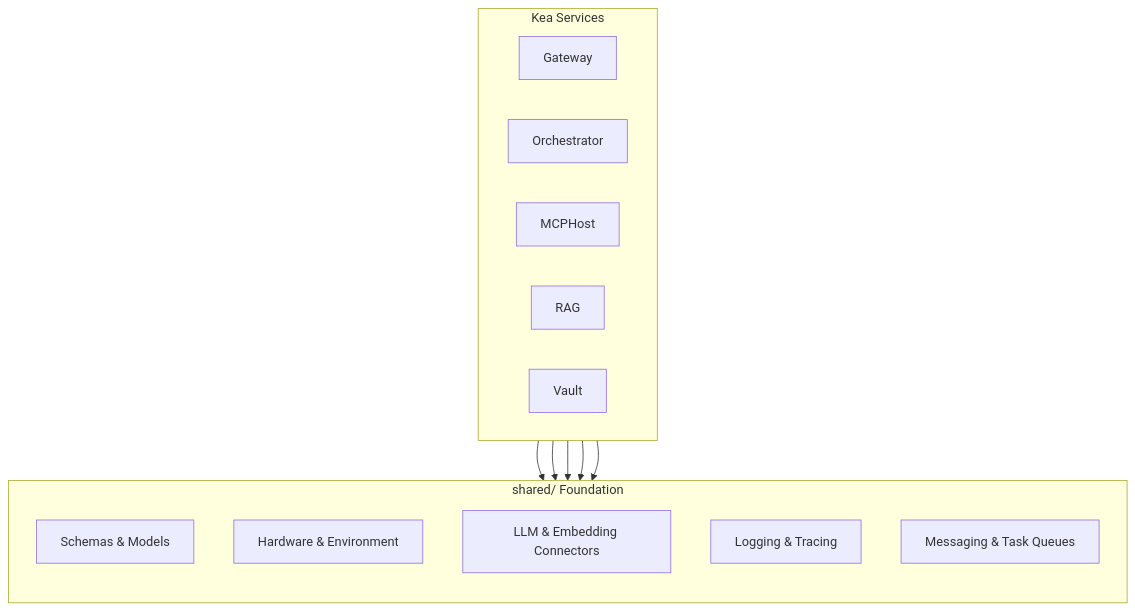
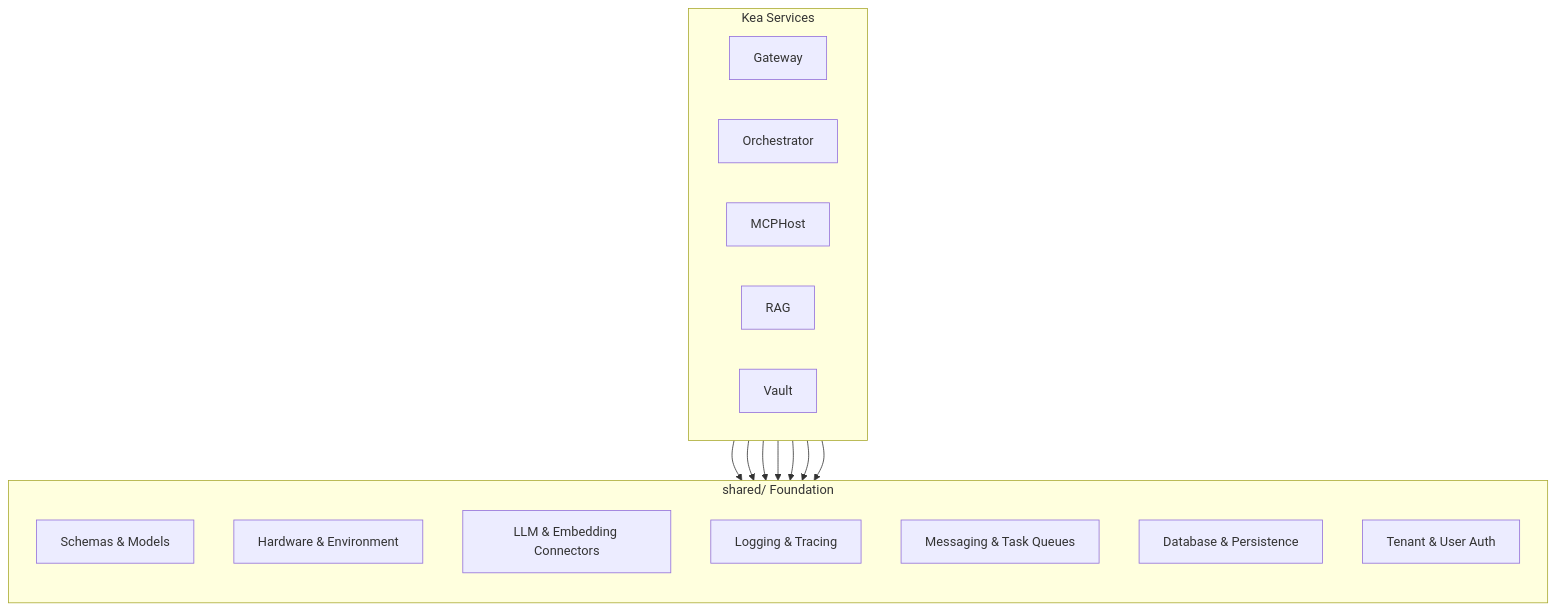
Before and after one commit to azzindani/Kea: the diagram in shared/README.md, drawn with Mermaid. The commit also changed other lines of this file and 13 other files, not shown here.

````diff
--- a/shared/README.md
+++ b/shared/README.md
@@ -9,25 +9,29 @@
 ```mermaid
 graph TD
     subgraph Services [Kea Services]
         Gateway
         Orchestrator
         MCPHost
         RAG
         Vault
     end
 
     subgraph Shared [shared/ Foundation]
         direction TB
         S1[Schemas & Models]
         S2[Hardware & Environment]
         S3[LLM & Embedding Connectors]
         S4[Logging & Tracing]
         S5[Messaging & Task Queues]
+        S6[Database & Persistence]
+        S7[Tenant & User Auth]
     end
 
     Services --> S1
     Services --> S2
     Services --> S3
     Services --> S4
     Services --> S5
+    Services --> S6
+    Services --> S7
 ```
````
